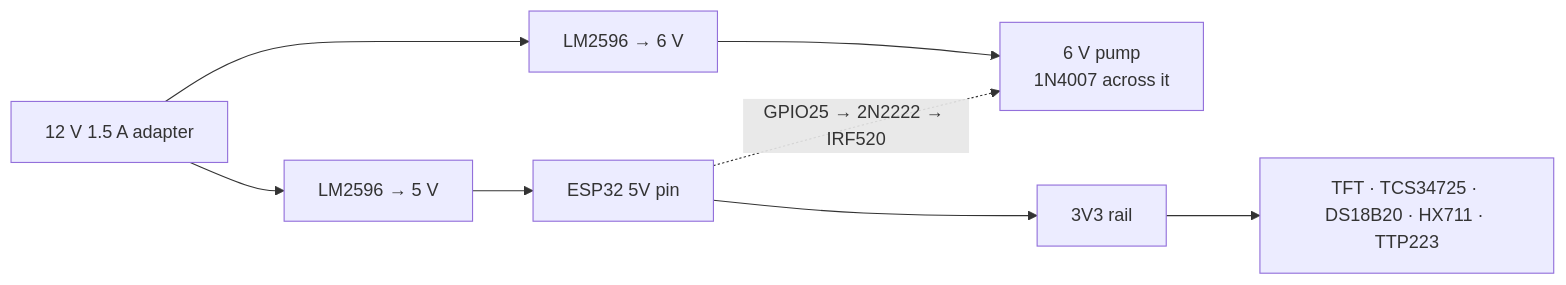
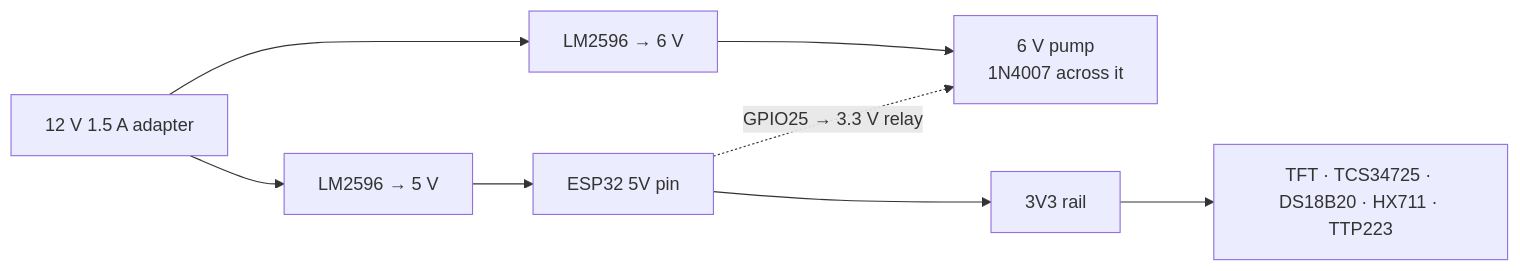
The second of 2 diagrams in README.md (nikk-0712/aquamilk-detect), drawn with Mermaid before and after one commit. The commit also changed other lines of this file and 32 other files, not shown here.

````diff
--- a/README.md
+++ b/README.md
@@ -121,7 +123,7 @@
 ```mermaid
 flowchart LR
   ADP["12 V 1.5 A adapter"] --> B1["LM2596 → 6 V"] --> PUMP["6 V pump<br/>1N4007 across it"]
   ADP --> B2["LM2596 → 5 V"] --> ESP["ESP32 5V pin"]
   ESP --> R3["3V3 rail"] --> SENSORS["TFT · TCS34725 · DS18B20 · HX711 · TTP223"]
-  ESP -.->|"GPIO25 → 2N2222 → IRF520"| PUMP
+  ESP -.->|"GPIO25 → 3.3 V relay"| PUMP
 ```
````
